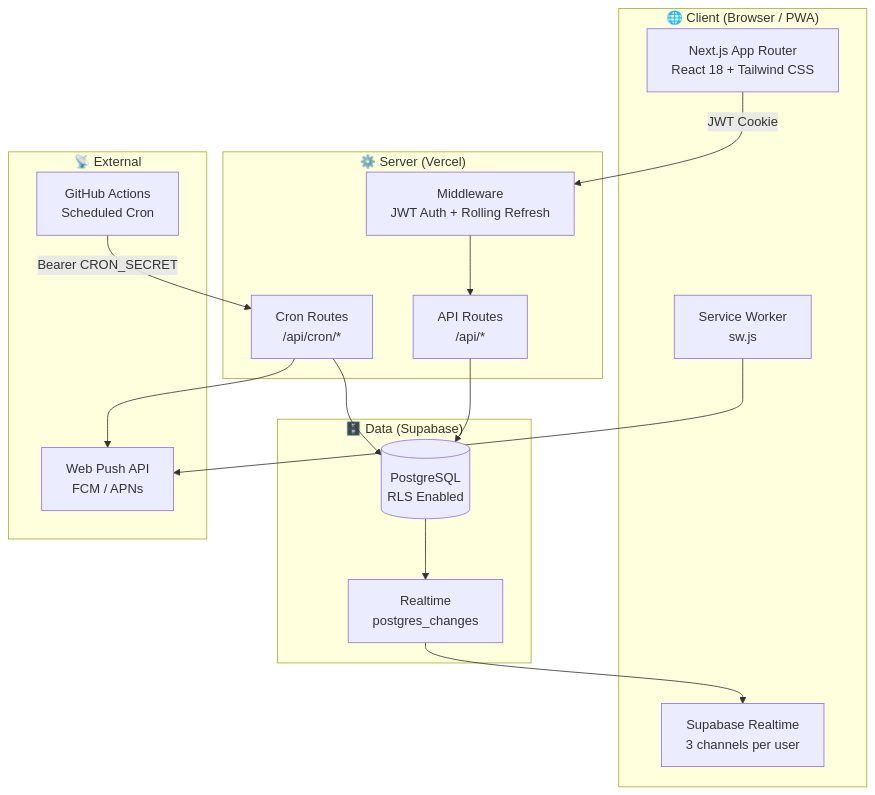
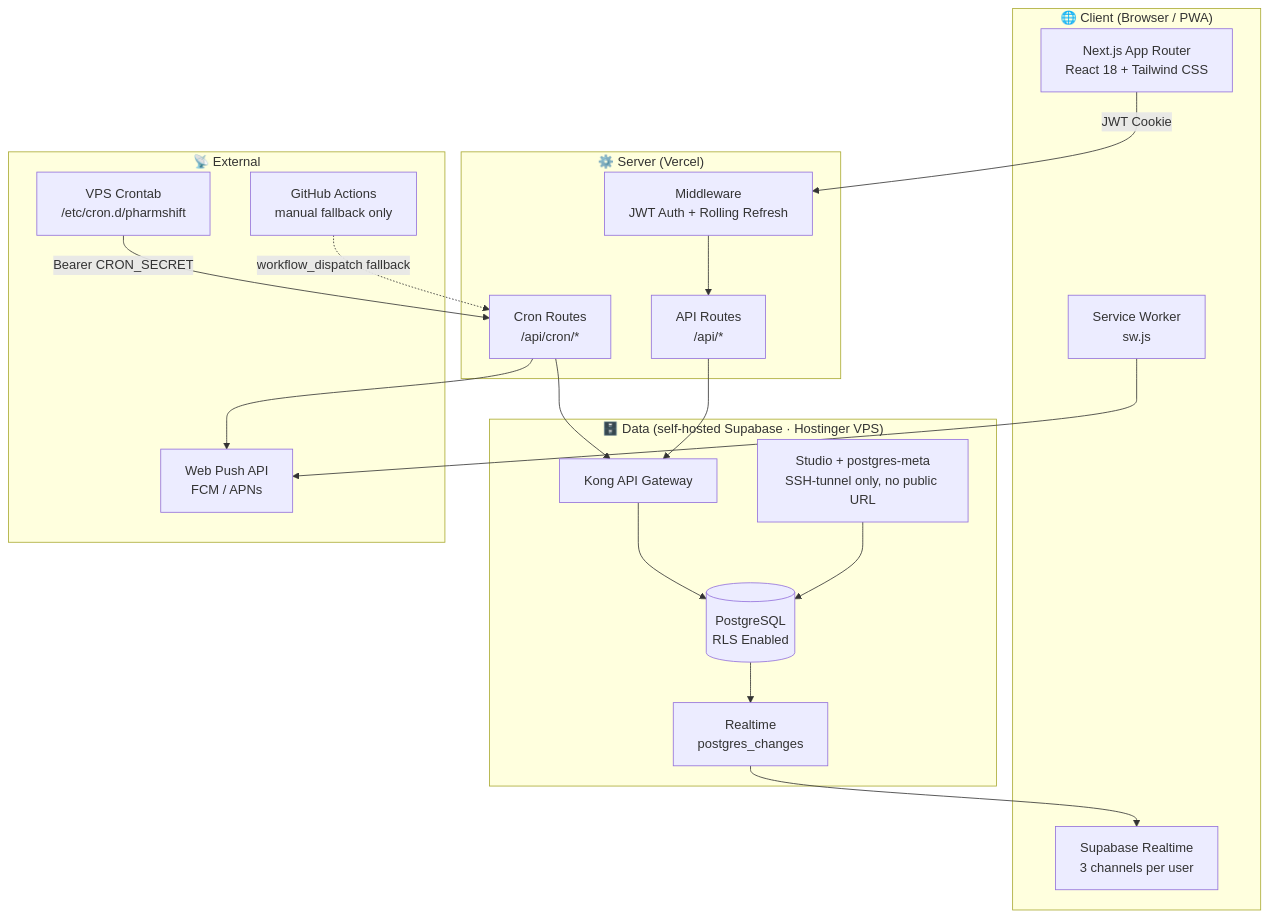
Before and after one commit to codex074/pharmshift: the first of 5 diagrams in README.md, drawn with Mermaid. The commit also changed other lines of this file, not shown here.

First line of the commit message:
Update README to reflect Hostinger VPS architecture and VPS crontab

````diff
--- a/README.md
+++ b/README.md
@@ -38,34 +38,40 @@
 ```mermaid
 graph TB
     subgraph Client["🌐 Client (Browser / PWA)"]
         UI[Next.js App Router<br/>React 18 + Tailwind CSS]
         SW[Service Worker<br/>sw.js]
         RT[Supabase Realtime<br/>3 channels per user]
     end
 
     subgraph Server["⚙️ Server (Vercel)"]
         API[API Routes<br/>/api/*]
         MW[Middleware<br/>JWT Auth + Rolling Refresh]
         CRON[Cron Routes<br/>/api/cron/*]
     end
 
-    subgraph Data["🗄️ Data (Supabase)"]
+    subgraph Data["🗄️ Data (self-hosted Supabase · Hostinger VPS)"]
         DB[(PostgreSQL<br/>RLS Enabled)]
         REALTIME[Realtime<br/>postgres_changes]
+        KONG[Kong API Gateway]
+        STUDIO[Studio + postgres-meta<br/>SSH-tunnel only, no public URL]
     end
 
     subgraph External["📡 External"]
         PUSH[Web Push API<br/>FCM / APNs]
-        GHA[GitHub Actions<br/>Scheduled Cron]
+        VCRON[VPS Crontab<br/>/etc/cron.d/pharmshift]
+        GHA[GitHub Actions<br/>manual fallback only]
     end
 
     UI -->|JWT Cookie| MW
     MW --> API
-    API --> DB
-    CRON --> DB
+    API --> KONG
+    KONG --> DB
+    CRON --> KONG
     CRON --> PUSH
-    GHA -->|Bearer CRON_SECRET| CRON
+    VCRON -->|Bearer CRON_SECRET| CRON
+    GHA -.->|workflow_dispatch fallback| CRON
     DB --> REALTIME
     REALTIME --> RT
+    STUDIO --> DB
     SW --> PUSH
 ```
````
